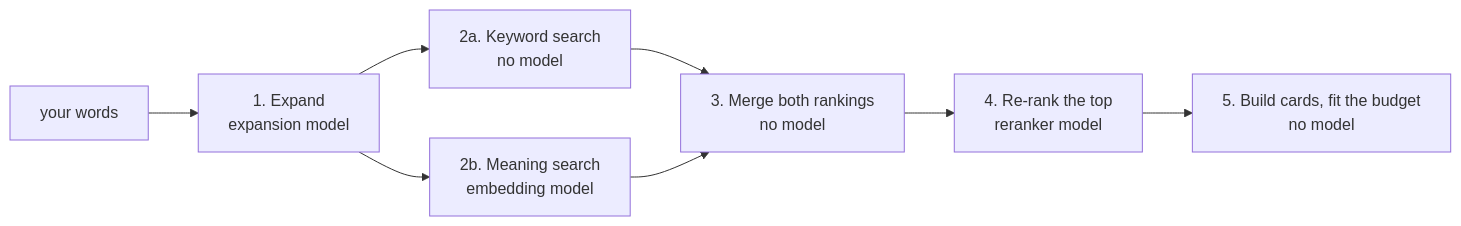
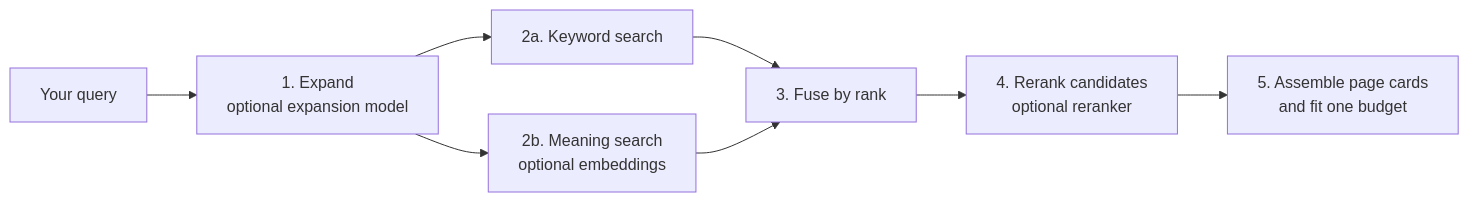
One commit to tenphi/akno changed the third of 7 diagrams in HOW-IT-WORKS.md. Above: the diagram before and after it, drawn with Mermaid. The commit also changed other lines of this file and 5 other files, not shown here.

````diff
--- a/HOW-IT-WORKS.md
+++ b/HOW-IT-WORKS.md
@@ -205,10 +268,10 @@
 ```mermaid
 flowchart LR
-    q["your words"] --> expand["1. Expand<br/>expansion model"]
-    expand --> lex["2a. Keyword search<br/>no model"]
-    expand --> vec["2b. Meaning search<br/>embedding model"]
-    lex --> fuse["3. Merge both rankings<br/>no model"]
-    vec --> fuse
-    fuse --> rerank["4. Re-rank the top<br/>reranker model"]
-    rerank --> cards["5. Build cards, fit the budget<br/>no model"]
+    query["Your query"] --> expand["1. Expand<br/>optional expansion model"]
+    expand --> lexical["2a. Keyword search"]
+    expand --> semantic["2b. Meaning search<br/>optional embeddings"]
+    lexical --> fuse["3. Fuse by rank"]
+    semantic --> fuse
+    fuse --> rerank["4. Rerank candidates<br/>optional reranker"]
+    rerank --> cards["5. Assemble page cards<br/>and fit one budget"]
 ```
````
